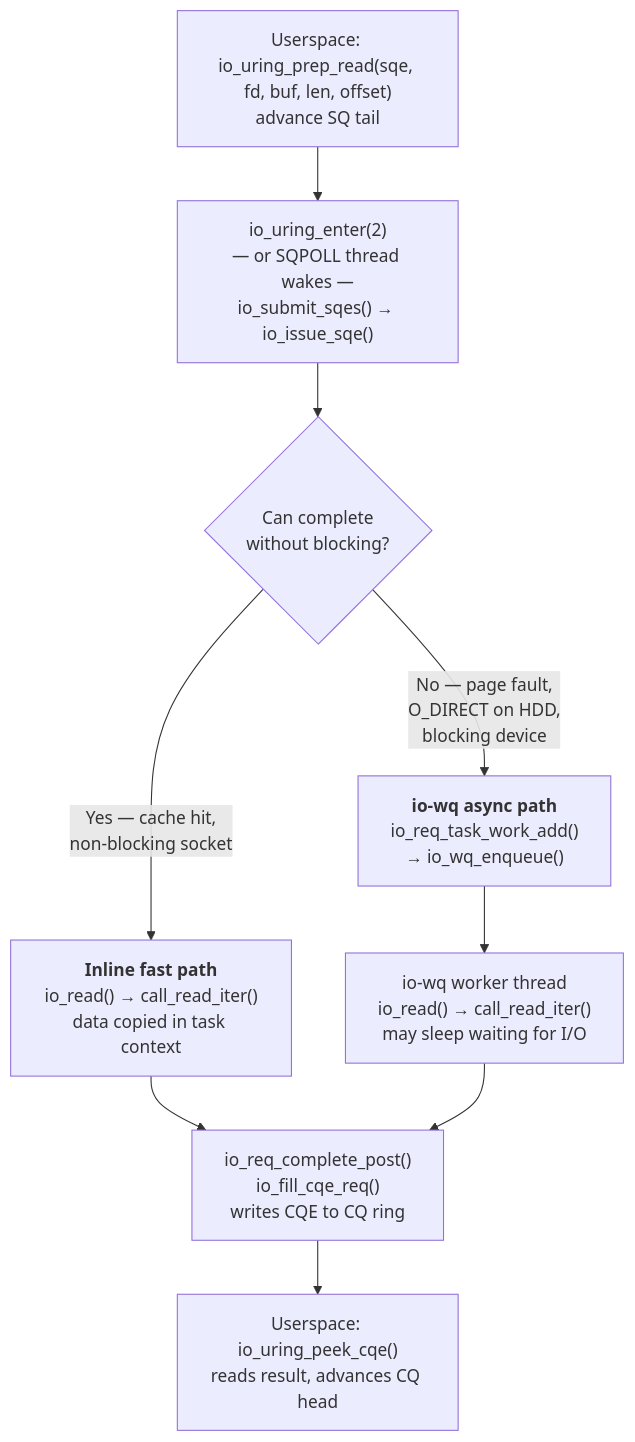
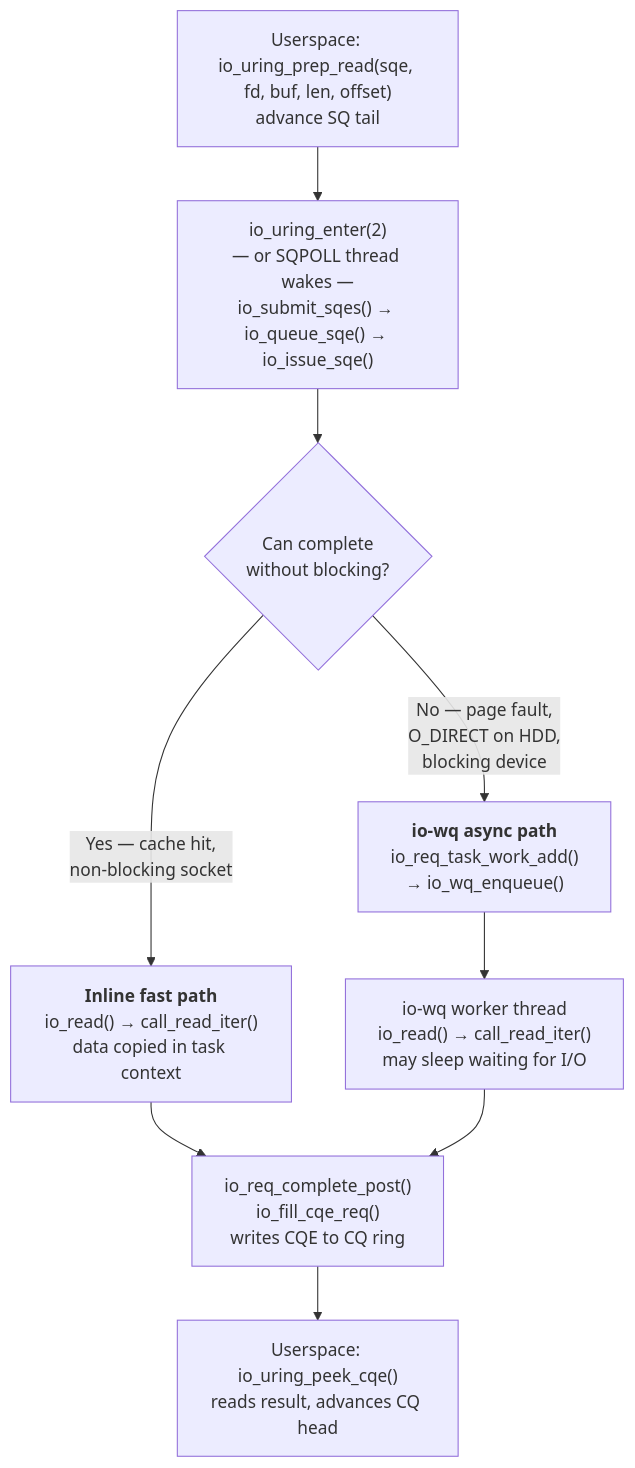
Before and after one commit to laveeshb/linux-kernel-internals: the first of 4 diagrams in docs/io-uring/life-of-request.md, drawn with Mermaid. The commit also changed other lines of this file and 13 other files, not shown here.

````diff
--- a/docs/io-uring/life-of-request.md
+++ b/docs/io-uring/life-of-request.md
@@ -9,21 +9,21 @@
 ```mermaid
 flowchart TD
     A["Userspace: io_uring_prep_read(sqe, fd, buf, len, offset)<br/>advance SQ tail"] --> B
 
-    B["io_uring_enter(2)<br/>— or SQPOLL thread wakes —<br/>io_submit_sqes() → io_issue_sqe()"]
+    B["io_uring_enter(2)<br/>— or SQPOLL thread wakes —<br/>io_submit_sqes() → io_queue_sqe() → io_issue_sqe()"]
     B --> C
 
     C{"Can complete\nwithout blocking?"}
 
     C -->|"Yes — cache hit,\nnon-blocking socket"| D["<b>Inline fast path</b><br/>io_read() → call_read_iter()<br/>data copied in task context"]
 
     C -->|"No — page fault,\nO_DIRECT on HDD,\nblocking device"| E["<b>io-wq async path</b><br/>io_req_task_work_add()<br/>→ io_wq_enqueue()"]
 
     E --> F["io-wq worker thread<br/>io_read() → call_read_iter()<br/>may sleep waiting for I/O"]
 
     D --> G
     F --> G
 
     G["io_req_complete_post()<br/>io_fill_cqe_req()<br/>writes CQE to CQ ring"]
     G --> H["Userspace: io_uring_peek_cqe()<br/>reads result, advances CQ head"]
 ```
````
